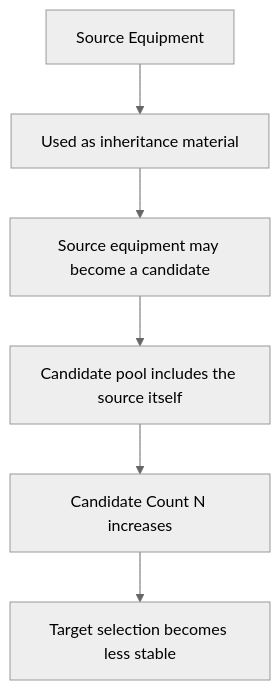
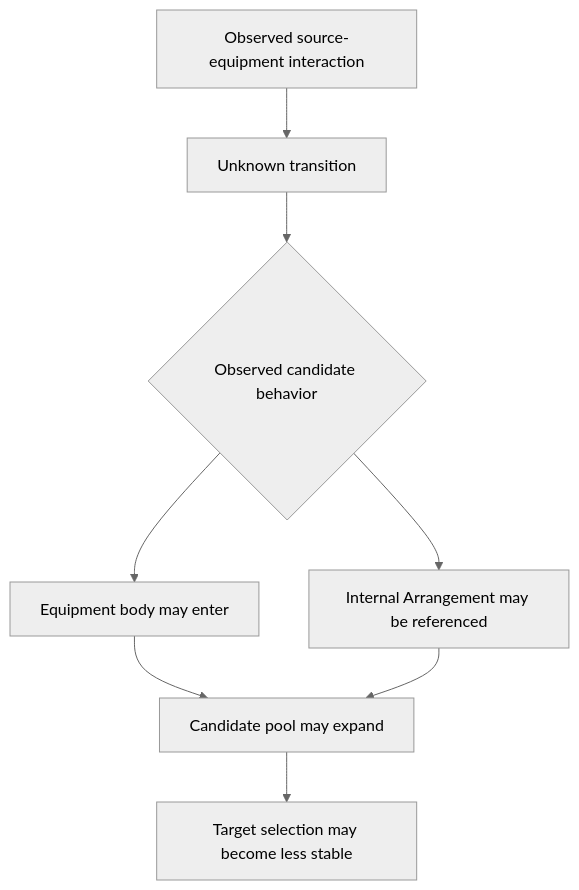
The first of 2 diagrams in articles/Self-Contamination.md (j13343sh/Rune-Factory-Inheritance-Research), drawn with Mermaid (neutral theme) before and after one commit. The commit also changed other lines of this file, not shown here.

````diff
--- a/articles/Self-Contamination.md
+++ b/articles/Self-Contamination.md
@@ -42,8 +42,10 @@
 ```mermaid
 flowchart TD
-    A[Source Equipment] --> B[Used as inheritance material]
-    B --> C[Source equipment may become a candidate]
-    C --> D[Candidate pool includes the source itself]
-    D --> E[Candidate Count N increases]
-    E --> F[Target selection becomes less stable]
+    A[Observed source-equipment interaction] --> B[Unknown transition]
+    B --> C{Observed candidate behavior}
+    C --> D[Equipment body may enter]
+    C --> E[Internal Arrangement may be referenced]
+    D --> F[Candidate pool may expand]
+    E --> F
+    F --> G[Target selection may become less stable]
 ```
````
